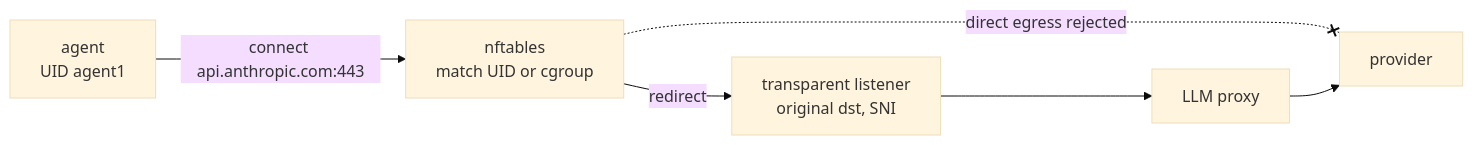
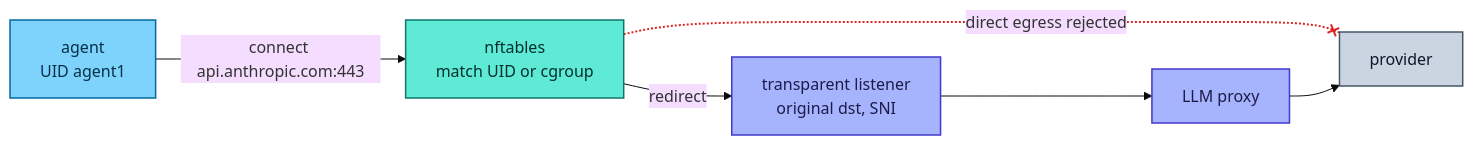
One commit to Heliopsy/scrim changed the third of 9 diagrams in docs/interception.md. Above: the diagram before and after it, drawn with Mermaid (base theme). The commit also changed other lines of this file and 6 other files, not shown here.

Commit message:
docs: new scrim logo and colour-coded mermaid diagrams

````diff
--- a/docs/interception.md
+++ b/docs/interception.md
@@ -322,7 +342,16 @@
 ```mermaid
 flowchart LR
   agent["agent<br>UID agent1"] -- "connect api.anthropic.com:443" --> nft["nftables<br>match UID or cgroup"]
   nft -- "redirect" --> tl["transparent listener<br>original dst, SNI"]
   nft -. "direct egress rejected" .-x prov
   tl --> llm["LLM proxy"] --> prov["provider"]
+  classDef agent fill:#7dd3fc,stroke:#0369a1,stroke-width:1.5px,color:#082f49
+  classDef dplane fill:#a5b4fc,stroke:#4338ca,stroke-width:1.5px,color:#1e1b4b
+  classDef ext fill:#cbd5e1,stroke:#475569,stroke-width:1.5px,color:#0f172a
+  classDef enforce fill:#5eead4,stroke:#0f766e,stroke-width:1.5px,color:#042f2e
+  class agent agent
+  class nft enforce
+  class tl,llm dplane
+  class prov ext
+  linkStyle 2 stroke:#dc2626,stroke-width:2px
 ```
````
